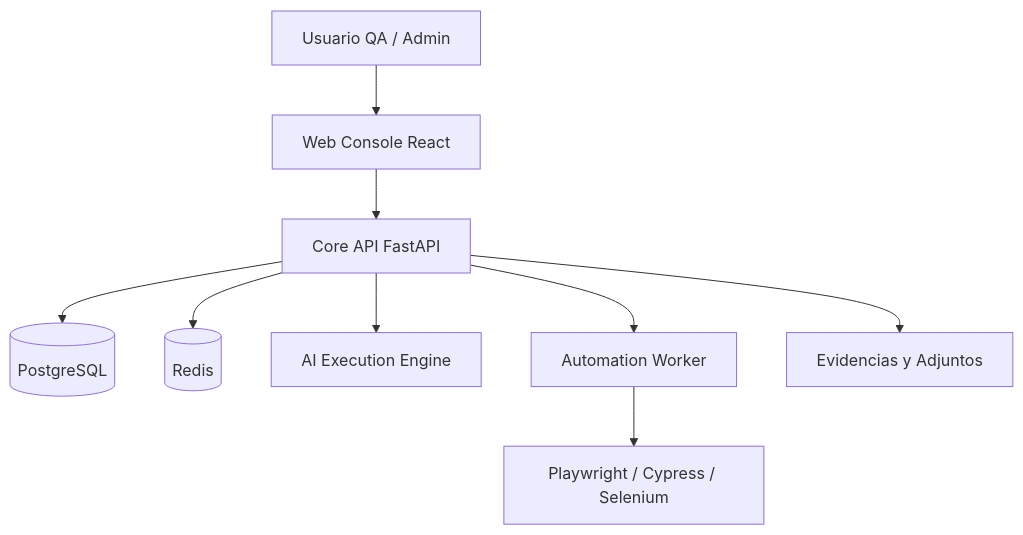
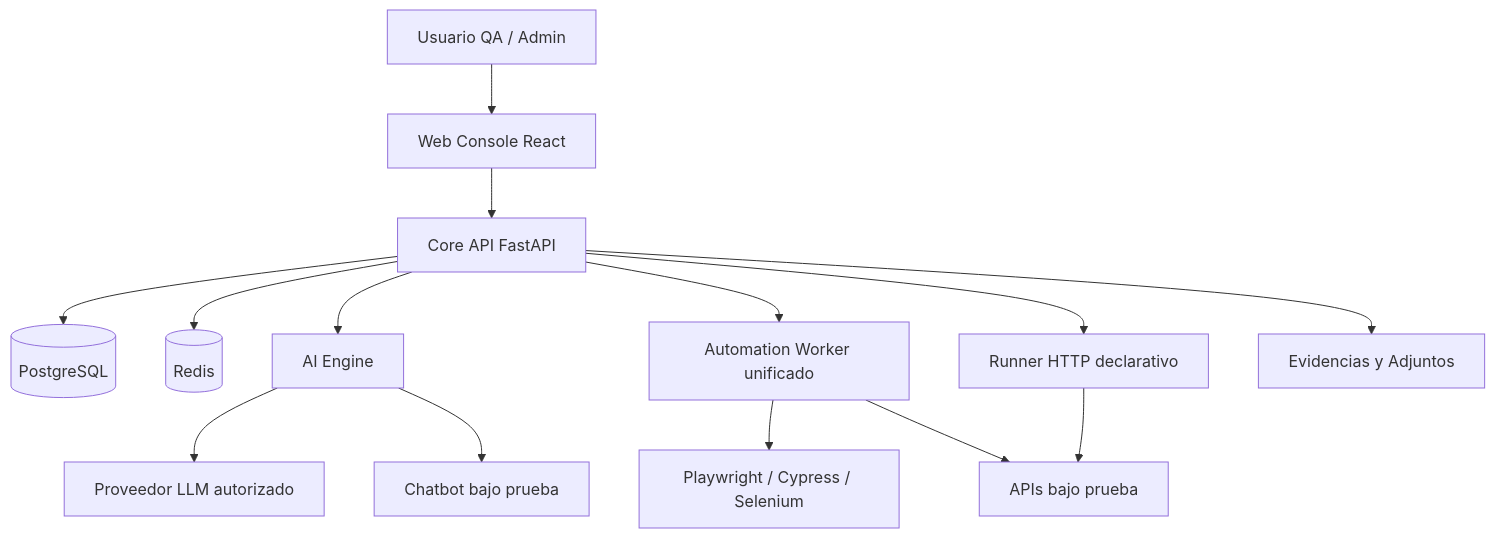
The third of 3 diagrams in README.md (treseko/treseko-platform), drawn with Mermaid before and after one commit. The commit also changed other lines of this file and 779 other files, not shown here.

````diff
--- a/README.md
+++ b/README.md
@@ -128,11 +166,16 @@
 ```mermaid
 flowchart TB
   U[Usuario QA / Admin] --> FE[Web Console React]
   FE --> API[Core API FastAPI]
   API --> DB[(PostgreSQL)]
   API --> REDIS[(Redis)]
-  API --> ENGINE[AI Execution Engine]
-  API --> WORKER[Automation Worker]
+  API --> ENGINE[AI Engine]
+  API --> WORKER[Automation Worker unificado]
+  API --> HTTP[Runner HTTP declarativo]
+  ENGINE --> LLM[Proveedor LLM autorizado]
+  ENGINE --> CHATBOT[Chatbot bajo prueba]
   WORKER --> BROWSERS[Playwright / Cypress / Selenium]
+  WORKER --> APIS[APIs bajo prueba]
+  HTTP --> APIS
   API --> STORAGE[Evidencias y Adjuntos]
 ```
````
